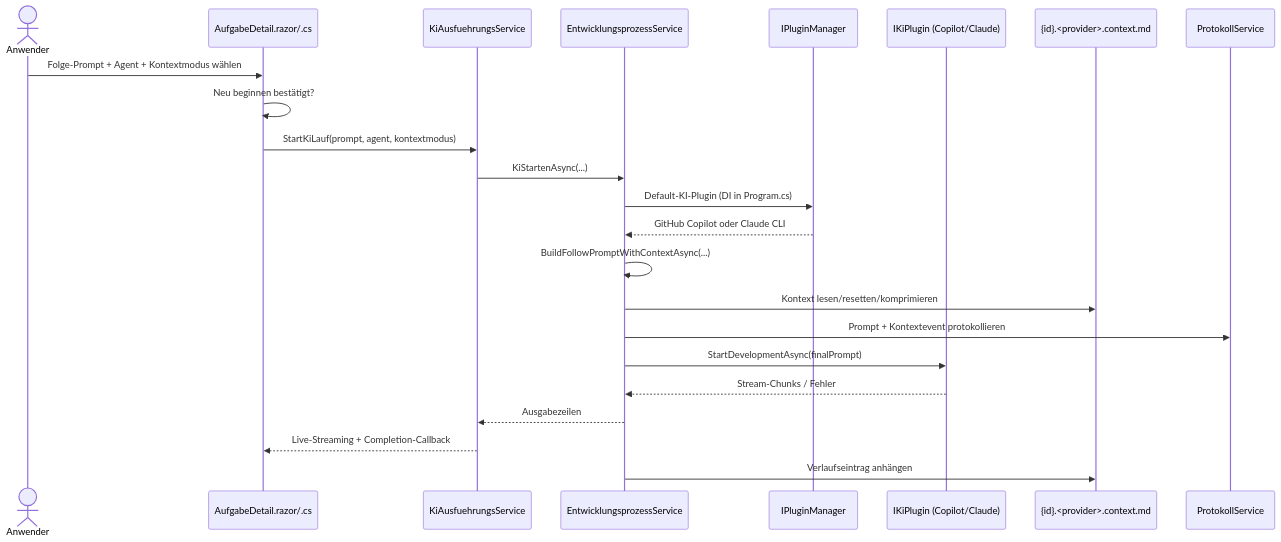
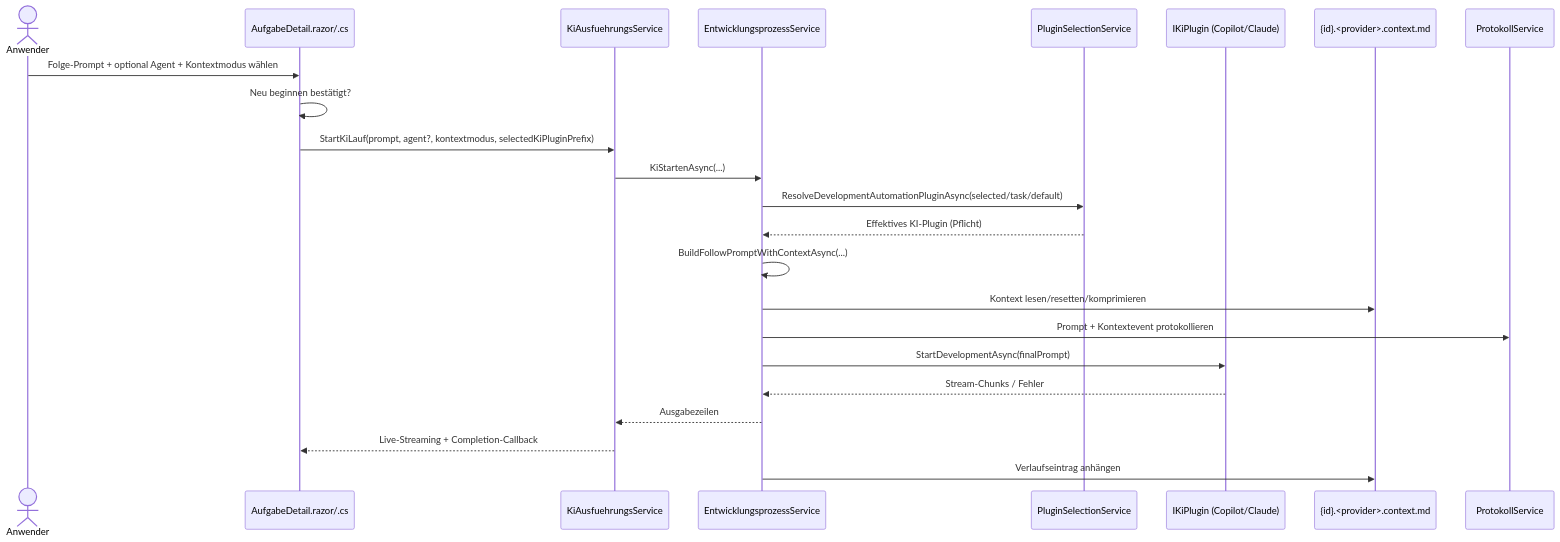
The first of 2 diagrams in docs/flows/follow-up-context-steering-flow.md (martin-stromberg/Softwareschmiede), drawn with Mermaid before and after one commit. The commit also changed other lines of this file and 28 other files, not shown here.

````diff
--- a/docs/flows/follow-up-context-steering-flow.md
+++ b/docs/flows/follow-up-context-steering-flow.md
@@ -19,26 +19,26 @@
 ```mermaid
 sequenceDiagram
     actor Anwender
     participant UI as AufgabeDetail.razor/.cs
     participant Runner as KiAusfuehrungsService
     participant Prozess as EntwicklungsprozessService
-    participant PM as IPluginManager
+    participant PS as PluginSelectionService
     participant KI as IKiPlugin (Copilot/Claude)
     participant Datei as {id}.<provider>.context.md
     participant Log as ProtokollService
 
-    Anwender->>UI: Folge-Prompt + Agent + Kontextmodus wählen
+    Anwender->>UI: Folge-Prompt + optional Agent + Kontextmodus wählen
     UI->>UI: Neu beginnen bestätigt?
-    UI->>Runner: StartKiLauf(prompt, agent, kontextmodus)
+    UI->>Runner: StartKiLauf(prompt, agent?, kontextmodus, selectedKiPluginPrefix)
     Runner->>Prozess: KiStartenAsync(...)
-    Prozess->>PM: Default-KI-Plugin (DI in Program.cs)
-    PM-->>Prozess: GitHub Copilot oder Claude CLI
+    Prozess->>PS: ResolveDevelopmentAutomationPluginAsync(selected/task/default)
+    PS-->>Prozess: Effektives KI-Plugin (Pflicht)
     Prozess->>Prozess: BuildFollowPromptWithContextAsync(...)
     Prozess->>Datei: Kontext lesen/resetten/komprimieren
     Prozess->>Log: Prompt + Kontextevent protokollieren
     Prozess->>KI: StartDevelopmentAsync(finalPrompt)
     KI-->>Prozess: Stream-Chunks / Fehler
     Prozess-->>Runner: Ausgabezeilen
     Runner-->>UI: Live-Streaming + Completion-Callback
     Prozess->>Datei: Verlaufseintrag anhängen
 ```
````
